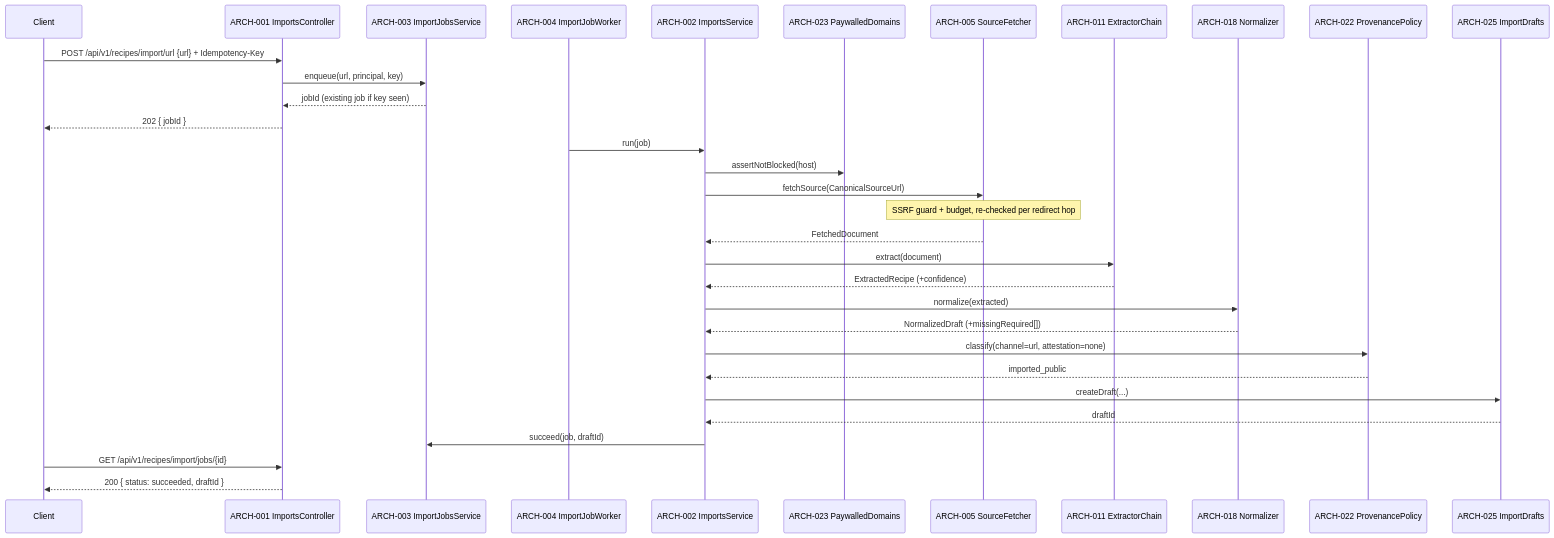
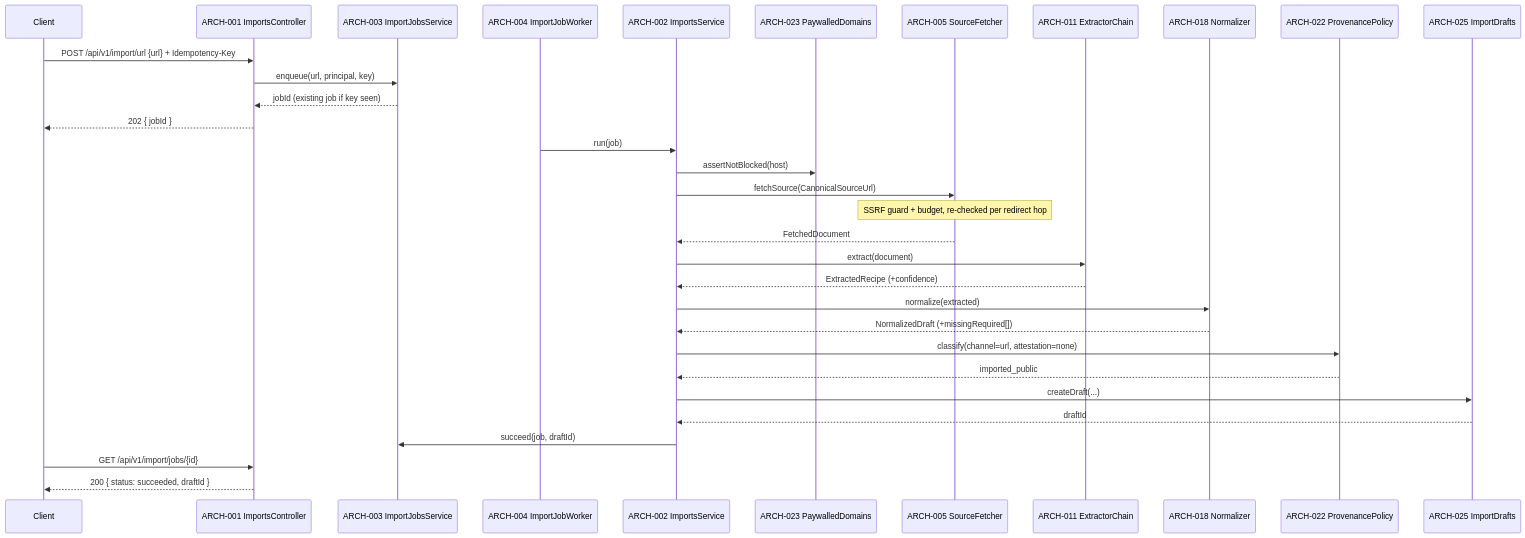
The first of 4 diagrams in specs/004-recipe-importing/v-model/architecture-design.md (radicle-co/KitchenSink), drawn with Mermaid before and after one commit. The commit also changed other lines of this file and 8 other files, not shown here.

````diff
--- a/specs/004-recipe-importing/v-model/architecture-design.md
+++ b/specs/004-recipe-importing/v-model/architecture-design.md
@@ -90,35 +90,35 @@
 ```mermaid
 sequenceDiagram
     participant C as Client
     participant CT as ARCH-001 ImportsController
     participant J as ARCH-003 ImportJobsService
     participant W as ARCH-004 ImportJobWorker
     participant S as ARCH-002 ImportsService
     participant B as ARCH-023 PaywalledDomains
     participant F as ARCH-005 SourceFetcher
     participant X as ARCH-011 ExtractorChain
     participant N as ARCH-018 Normalizer
     participant P as ARCH-022 ProvenancePolicy
     participant D as ARCH-025 ImportDrafts
 
-    C->>CT: POST /api/v1/recipes/import/url {url} + Idempotency-Key
+    C->>CT: POST /api/v1/import/url {url} + Idempotency-Key
     CT->>J: enqueue(url, principal, key)
     J-->>CT: jobId (existing job if key seen)
     CT-->>C: 202 { jobId }
     W->>S: run(job)
     S->>B: assertNotBlocked(host)
     S->>F: fetchSource(CanonicalSourceUrl)
     Note over F: SSRF guard + budget, re-checked per redirect hop
     F-->>S: FetchedDocument
     S->>X: extract(document)
     X-->>S: ExtractedRecipe (+confidence)
     S->>N: normalize(extracted)
     N-->>S: NormalizedDraft (+missingRequired[])
     S->>P: classify(channel=url, attestation=none)
     P-->>S: imported_public
     S->>D: createDraft(...)
     D-->>S: draftId
     S->>J: succeed(job, draftId)
-    C->>CT: GET /api/v1/recipes/import/jobs/{id}
+    C->>CT: GET /api/v1/import/jobs/{id}
     CT-->>C: 200 { status: succeeded, draftId }
 ```
````
